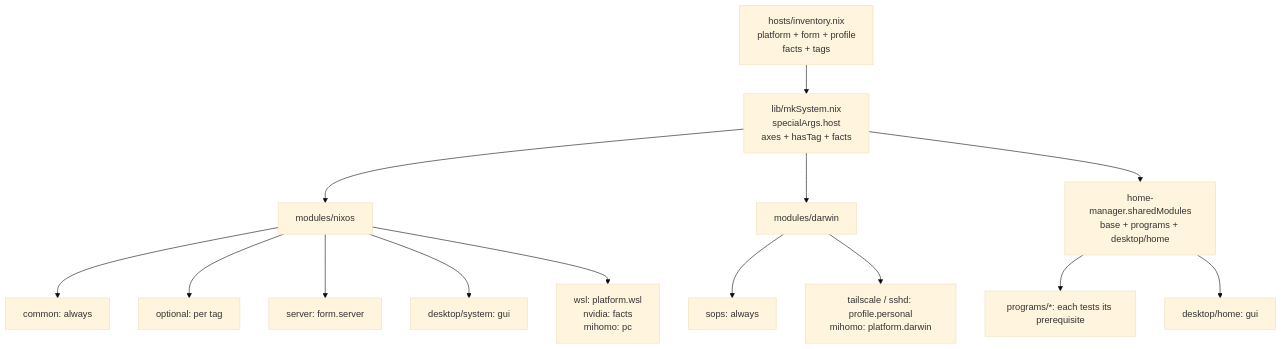
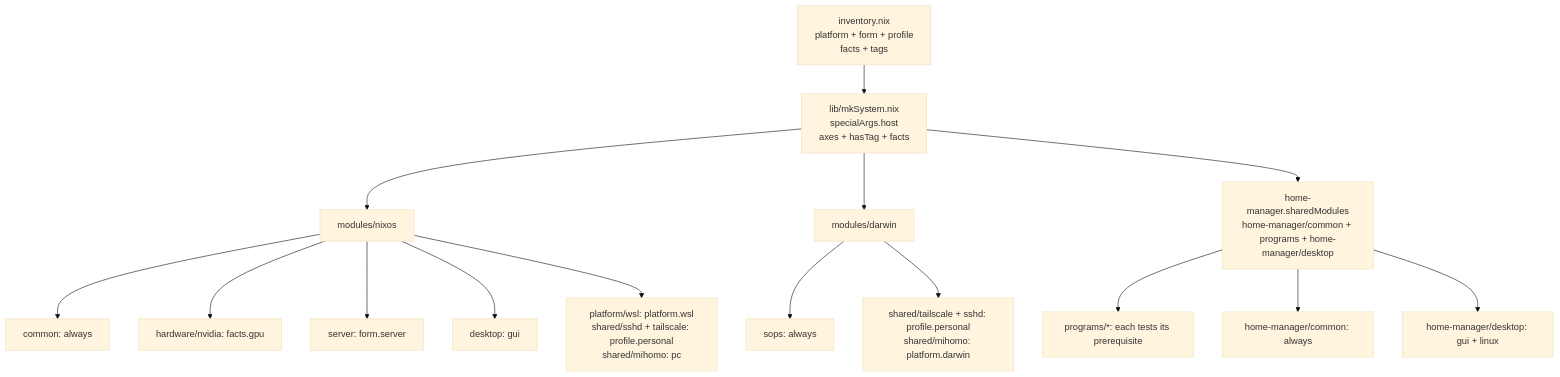
The diagram in CONTEXT.md (zineyu/nixos-config), drawn with Mermaid (base theme) before and after one commit. The commit also changed other lines of this file and 7 other files, not shown here.

````diff
--- a/CONTEXT.md
+++ b/CONTEXT.md
@@ -73,16 +73,17 @@
 ```mermaid
 graph TD
-    Inv["hosts/inventory.nix<br/>platform + form + profile<br/>facts + tags"] --> Mk["lib/mkSystem.nix<br/>specialArgs.host<br/>axes + hasTag + facts"]
+    Inv["inventory.nix<br/>platform + form + profile<br/>facts + tags"] --> Mk["lib/mkSystem.nix<br/>specialArgs.host<br/>axes + hasTag + facts"]
     Mk --> Nix["modules/nixos"]
     Mk --> Dar["modules/darwin"]
-    Mk --> HM["home-manager.sharedModules<br/>base + programs + desktop/home"]
+    Mk --> HM["home-manager.sharedModules<br/>home-manager/common + programs + home-manager/desktop"]
     Nix --> G1["common: always"]
-    Nix --> G2["optional: per tag"]
+    Nix --> G2["hardware/nvidia: facts.gpu"]
     Nix --> G3["server: form.server"]
-    Nix --> G4["desktop/system: gui"]
-    Nix --> G5["wsl: platform.wsl<br/>nvidia: facts<br/>mihomo: pc"]
+    Nix --> G4["desktop: gui"]
+    Nix --> G5["platform/wsl: platform.wsl<br/>shared/sshd + tailscale: profile.personal<br/>shared/mihomo: pc"]
     Dar --> G6["sops: always"]
-    Dar --> G7["tailscale / sshd: profile.personal<br/>mihomo: platform.darwin"]
+    Dar --> G7["shared/tailscale + sshd: profile.personal<br/>shared/mihomo: platform.darwin"]
     HM --> G8["programs/*: each tests its prerequisite"]
-    HM --> G9["desktop/home: gui"]
+    HM --> G9["home-manager/common: always"]
+    HM --> G10["home-manager/desktop: gui + linux"]
 ```
````
